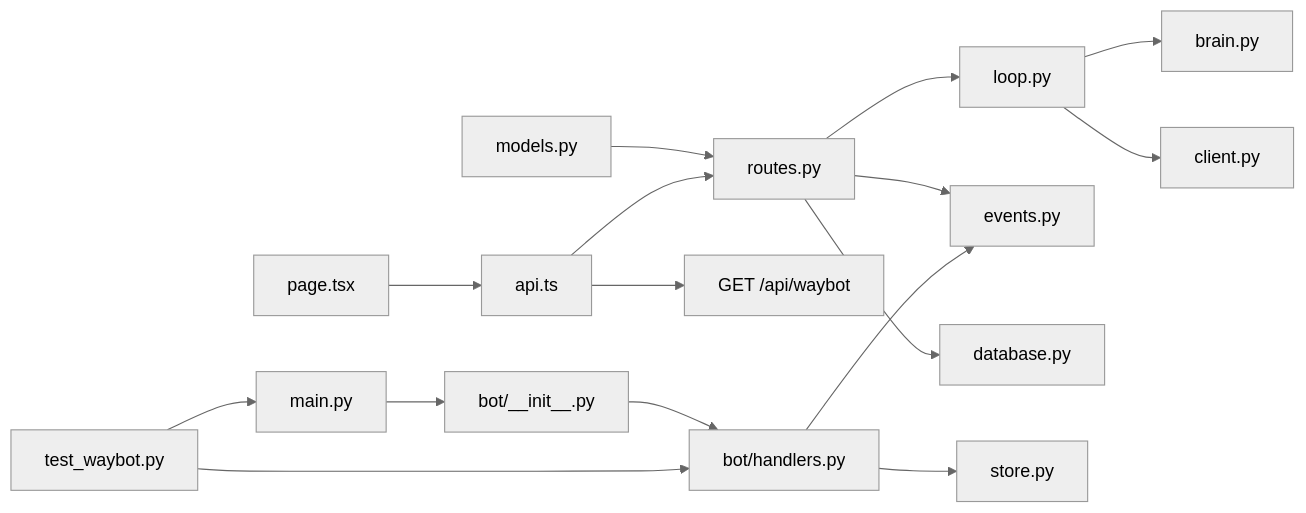
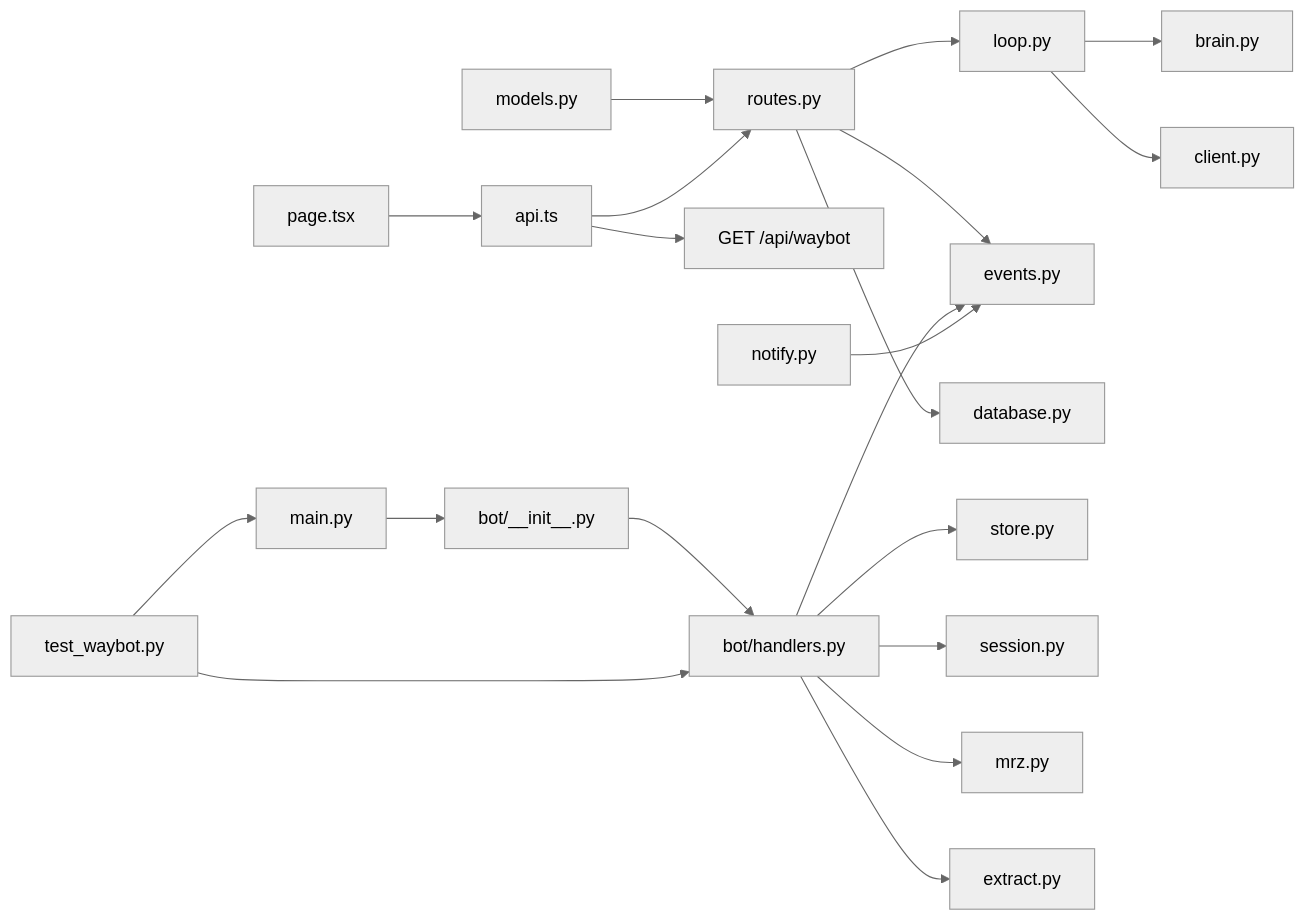
Diagram 12 of 12 in .qoder/repowiki/en/content/Program Design/Waybot Overview.md (jaydonnnk/waypoint), drawn with Mermaid (neutral theme) before and after one commit. The commit also changed other lines of this file and 9 other files, not shown here.

````diff
--- a/.qoder/repowiki/en/content/Program Design/Waybot Overview.md
+++ b/.qoder/repowiki/en/content/Program Design/Waybot Overview.md
@@ -504,18 +544,22 @@
 ```mermaid
 graph LR
 MODELS["models.py"] --> ROUTES["routes.py"]
 ROUTES --> LOOP["loop.py"]
 LOOP --> BRAIN["brain.py"]
 LOOP --> ATLAS["client.py"]
 ROUTES --> EVENTS["events.py"]
 ROUTES --> DB["database.py"]
 FRONTEND["page.tsx"] --> API["api.ts"]
 API --> ROUTES
 API --> BOT_DISCOVERY["GET /api/waybot"]
 MAIN["main.py"] --> BOT_INIT["bot/__init__.py"]
 BOT_INIT --> BOT_HANDLERS["bot/handlers.py"]
 BOT_HANDLERS --> STORE["store.py"]
 BOT_HANDLERS --> EVENTS
+BOT_HANDLERS --> SESSION["session.py"]
+BOT_HANDLERS --> MRZ["mrz.py"]
+BOT_HANDLERS --> EXTRACT["extract.py"]
+BOT_NOTIFY["notify.py"] --> EVENTS
 TESTS["test_waybot.py"] --> BOT_HANDLERS
 TESTS --> MAIN
 ```
````
